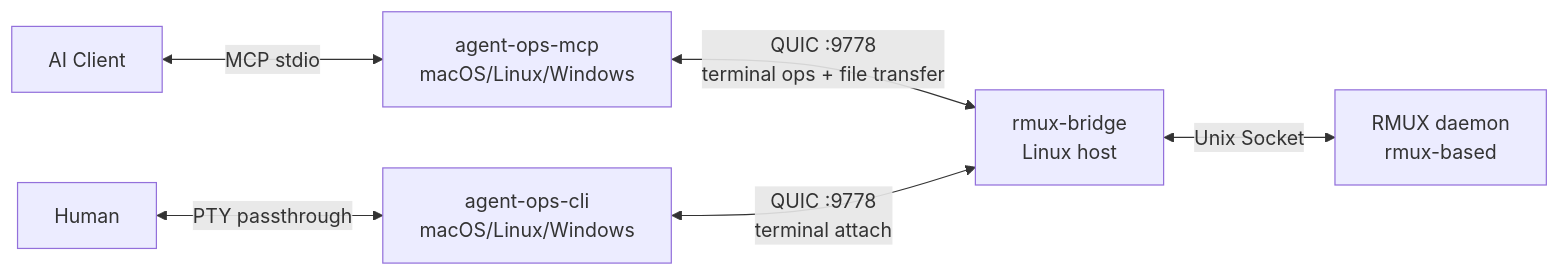
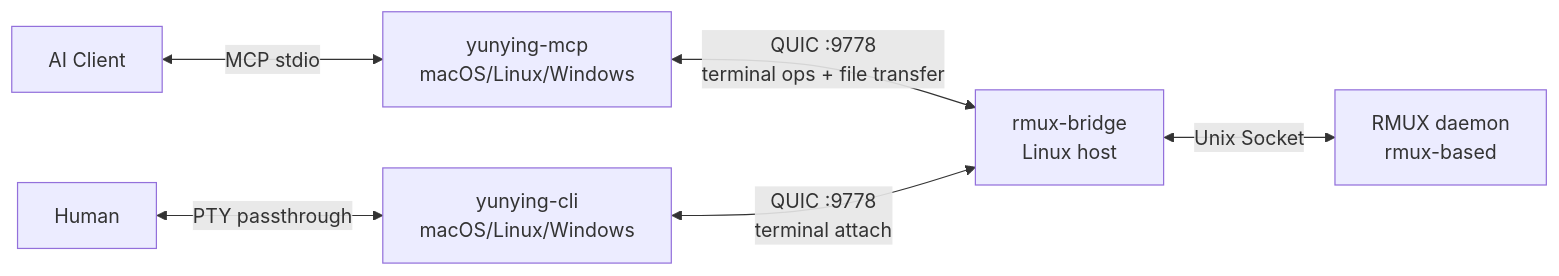
The diagram in README.md (tddh/clum), drawn with Mermaid before and after one commit. The commit also changed other lines of this file and 104 other files, not shown here.

First line of the commit message:
refactor: rename project from agent-ops to yunying

````diff
--- a/README.md
+++ b/README.md
@@ -60,8 +60,8 @@
 ```mermaid
 graph LR
-    A[AI Client] <-->|MCP stdio| B[agent-ops-mcp<br/>macOS/Linux/Windows]
-    H[Human] <-->|PTY passthrough| E[agent-ops-cli<br/>macOS/Linux/Windows]
+    A[AI Client] <-->|MCP stdio| B[yunying-mcp<br/>macOS/Linux/Windows]
+    H[Human] <-->|PTY passthrough| E[yunying-cli<br/>macOS/Linux/Windows]
     B <-->|QUIC :9778<br/>terminal ops + file transfer| C[rmux-bridge<br/>Linux host]
     E <-->|QUIC :9778<br/>terminal attach| C
     C <-->|Unix Socket| D[RMUX daemon<br/>rmux-based]
 ```
````
